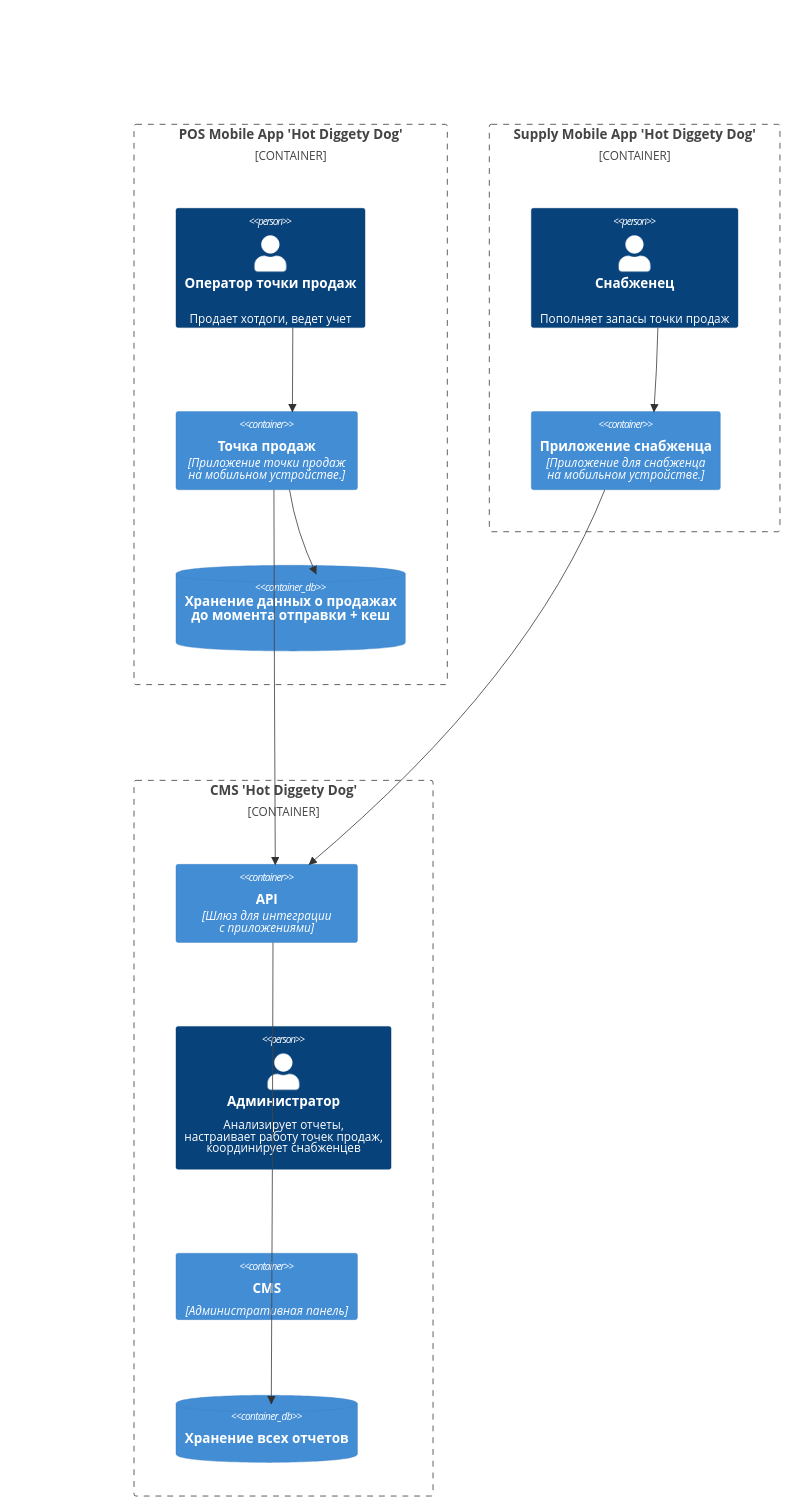
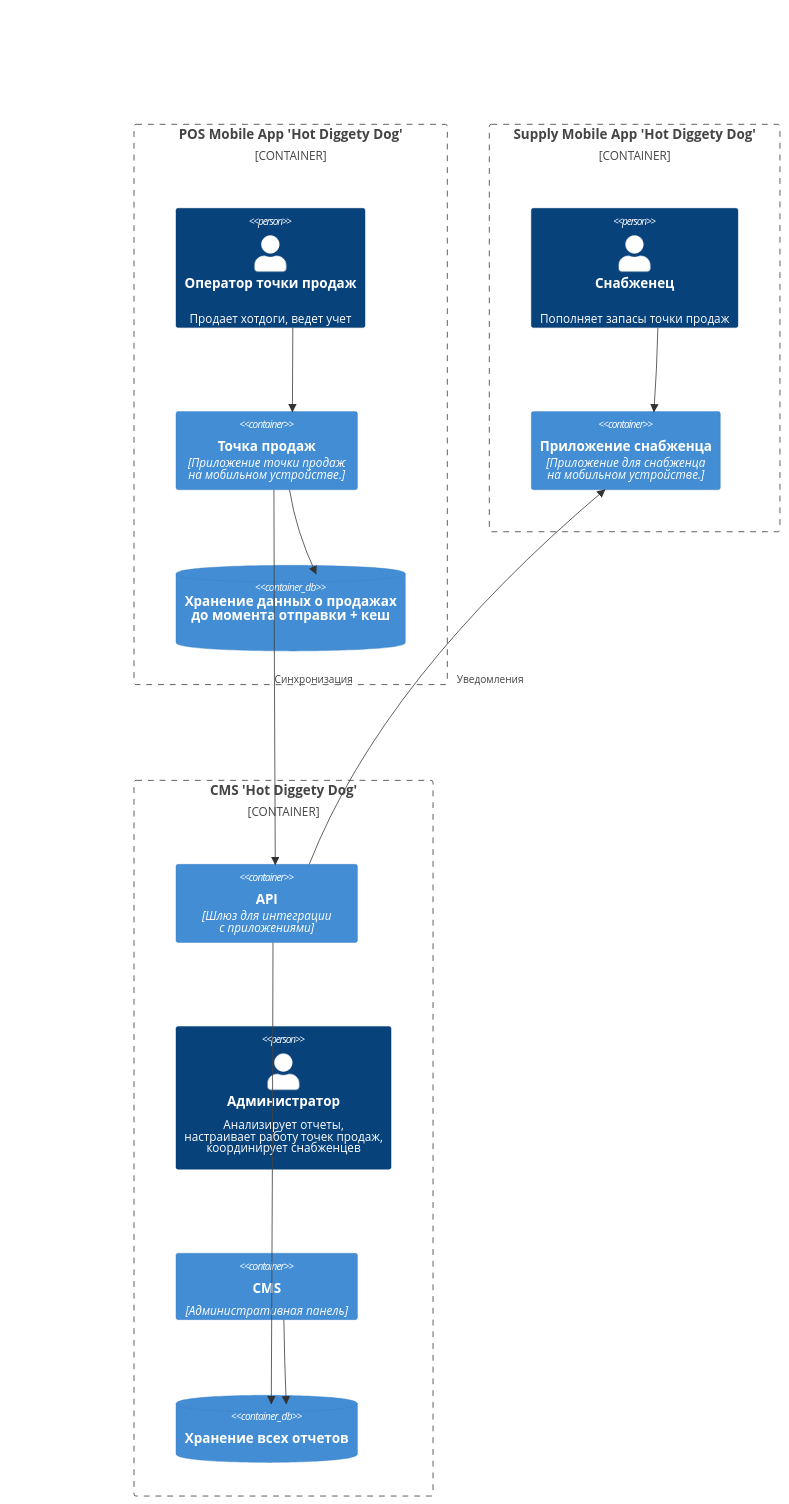
The diagram in homeworks/october/1/homework.md (ContinentalGuy/otus-arch), drawn with Mermaid before and after one commit.

Commit message:
[4]: wip

````diff
--- a/homeworks/october/1/homework.md
+++ b/homeworks/october/1/homework.md
@@ -43,29 +43,30 @@
 ```mermaid
 C4Context
     Container_Boundary(pos_app_b, "POS Mobile App 'Hot Diggety Dog'") {
         Person(seller, "Оператор точки продаж", "Продает хотдоги, ведет учет")
         Container(pos_app, "Точка продаж", "Приложение точки продаж <br> на мобильном устройстве.")
         ContainerDb(pos_db, "Хранение данных о продажах <br> до момента отправки + кеш")
     }
 
     Rel(seller, pos_app, "")
     Rel(pos_app, pos_db, "")
 
     Container_Boundary(supply_app_b, "Supply Mobile App 'Hot Diggety Dog'") {
         Person(supplyer, "Снабженец", "Пополняет запасы точки продаж")
         Container(supplyer_app, "Приложение снабженца", "Приложение для снабженца <br> на мобильном устройстве.")
     }
 
     Rel(supplyer, supplyer_app, "")
 
     Container_Boundary(cms_b, "CMS 'Hot Diggety Dog'") {
         Container(admin_api, "API", "Шлюз для интеграции <br> с приложениями")
         Person(admin, "Администратор", "Анализирует отчеты, <br> настраивает работу точек продаж, <br> координирует снабженцев")
         Container(admin_pannel, "CMS", "Административная панель")
         ContainerDb(admin_db, "Хранение всех отчетов")
     }
 
     Rel(admin_api, admin_db, "")
-    Rel(pos_app, admin_api, "")
-    Rel(supplyer_app, admin_api, "")
+    Rel(admin_pannel, admin_db, "")
+    Rel(pos_app, admin_api, "Синхронизация")
+    Rel(admin_api, supplyer_app, "Уведомления")
 ```
````
